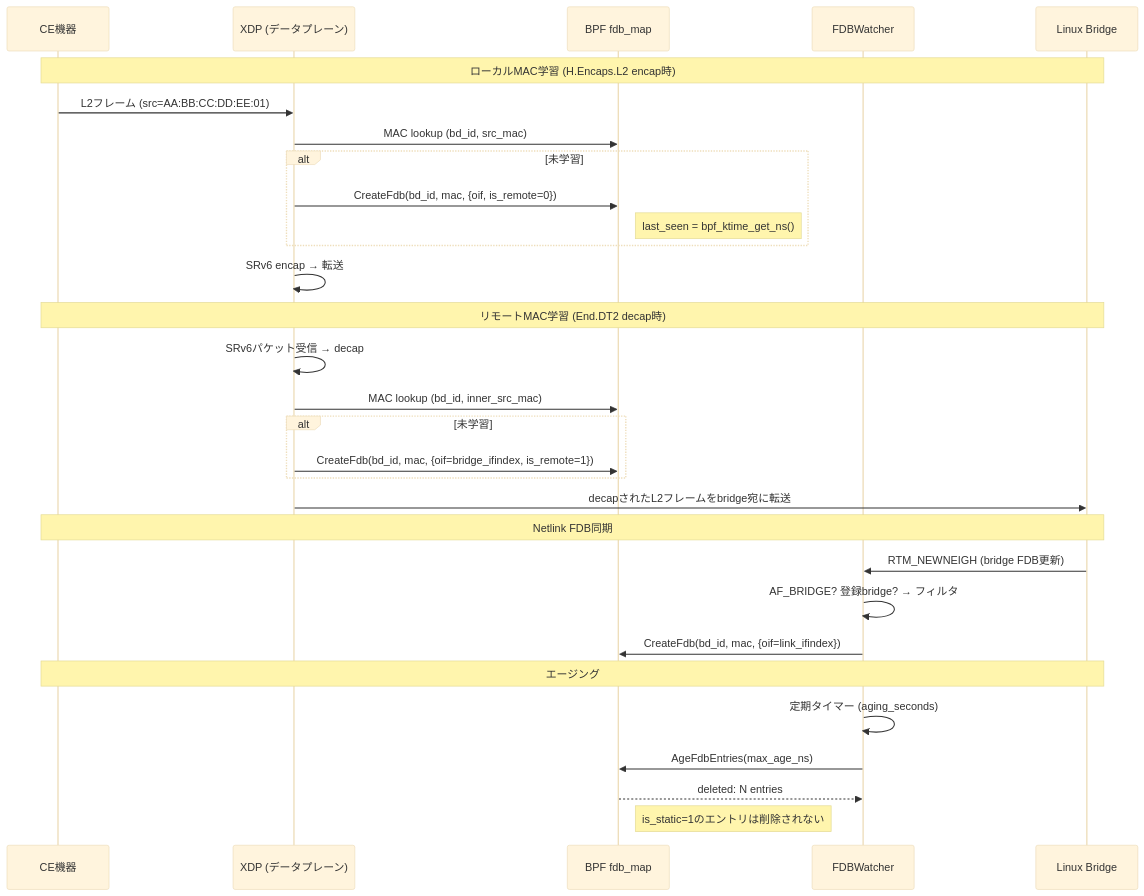
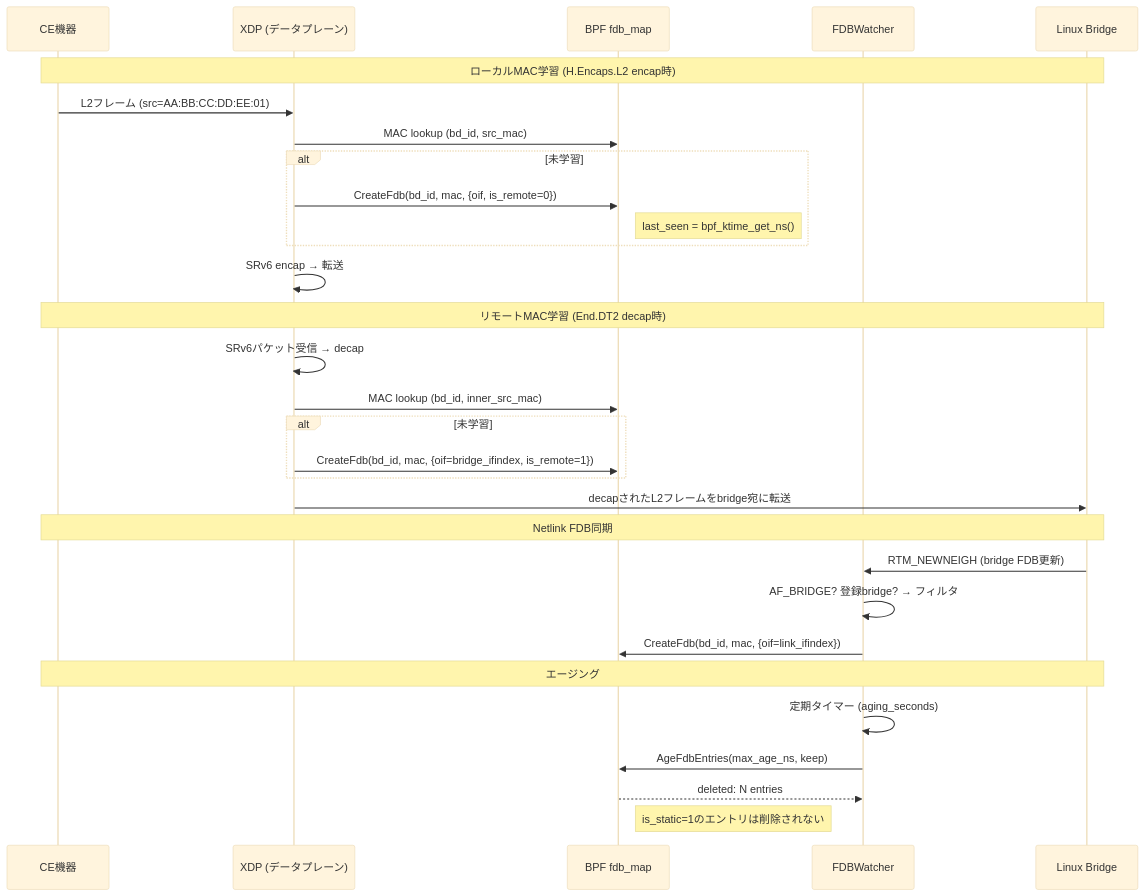
Before and after one commit to takehaya/Vinbero: diagram 13 of 22 in docs/design/ja/api_sequence.md, drawn with Mermaid (base theme). The commit also changed 12 other files, not shown here.

````diff
--- a/docs/design/ja/api_sequence.md
+++ b/docs/design/ja/api_sequence.md
@@ -449,40 +449,40 @@
 ```mermaid
 sequenceDiagram
     participant CE as CE機器
     participant XDP as XDP (データプレーン)
     participant FDB as BPF fdb_map
     participant FW as FDBWatcher
     participant BR as Linux Bridge
 
     Note over CE,BR: ローカルMAC学習 (H.Encaps.L2 encap時)
 
     CE->>XDP: L2フレーム (src=AA:BB:CC:DD:EE:01)
     XDP->>FDB: MAC lookup (bd_id, src_mac)
     alt 未学習
         XDP->>FDB: CreateFdb(bd_id, mac, {oif, is_remote=0})
         Note right of FDB: last_seen = bpf_ktime_get_ns()
     end
     XDP->>XDP: SRv6 encap → 転送
 
     Note over CE,BR: リモートMAC学習 (End.DT2 decap時)
 
     XDP->>XDP: SRv6パケット受信 → decap
     XDP->>FDB: MAC lookup (bd_id, inner_src_mac)
     alt 未学習
         XDP->>FDB: CreateFdb(bd_id, mac, {oif=bridge_ifindex, is_remote=1})
     end
     XDP->>BR: decapされたL2フレームをbridge宛に転送
 
     Note over CE,BR: Netlink FDB同期
 
     BR->>FW: RTM_NEWNEIGH (bridge FDB更新)
     FW->>FW: AF_BRIDGE? 登録bridge? → フィルタ
     FW->>FDB: CreateFdb(bd_id, mac, {oif=link_ifindex})
 
     Note over CE,BR: エージング
 
     FW->>FW: 定期タイマー (aging_seconds)
-    FW->>FDB: AgeFdbEntries(max_age_ns)
+    FW->>FDB: AgeFdbEntries(max_age_ns, keep)
     FDB-->>FW: deleted: N entries
     Note right of FDB: is_static=1のエントリは削除されない
 ```
````
